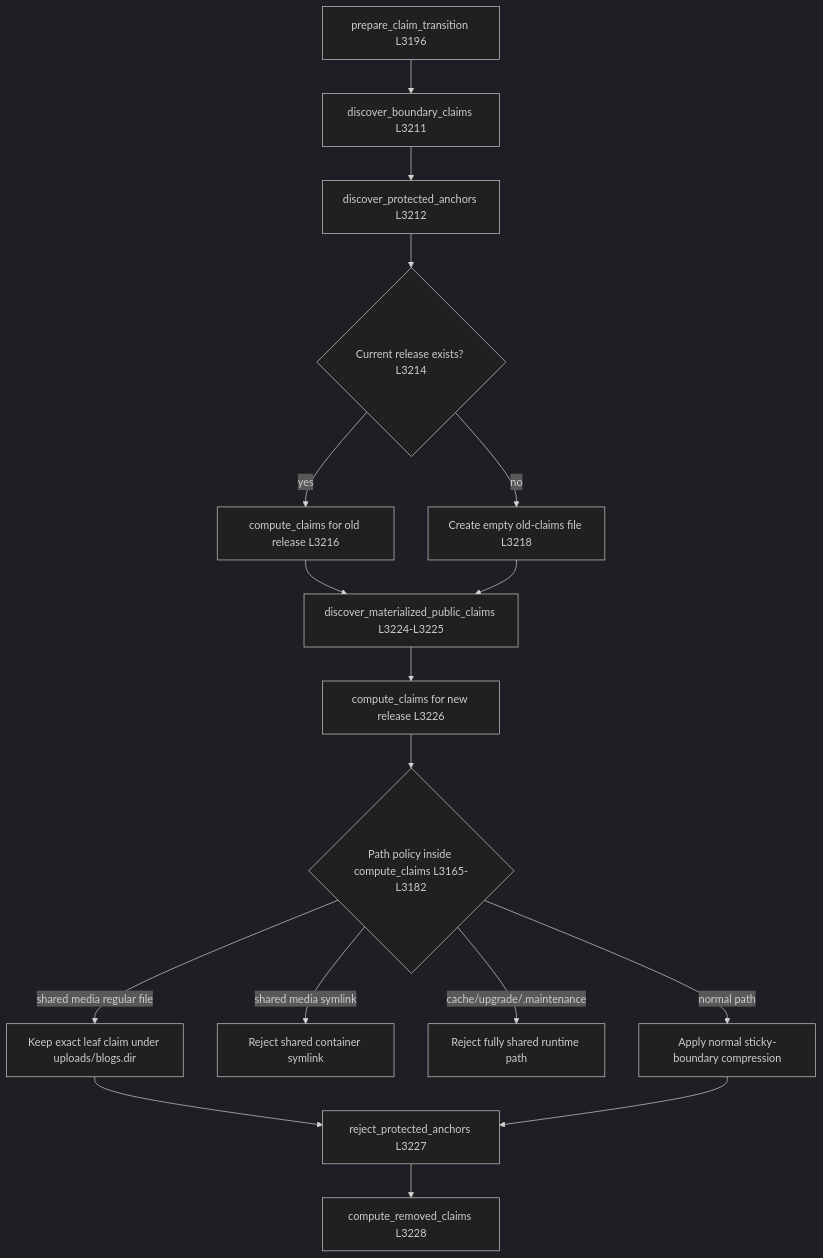
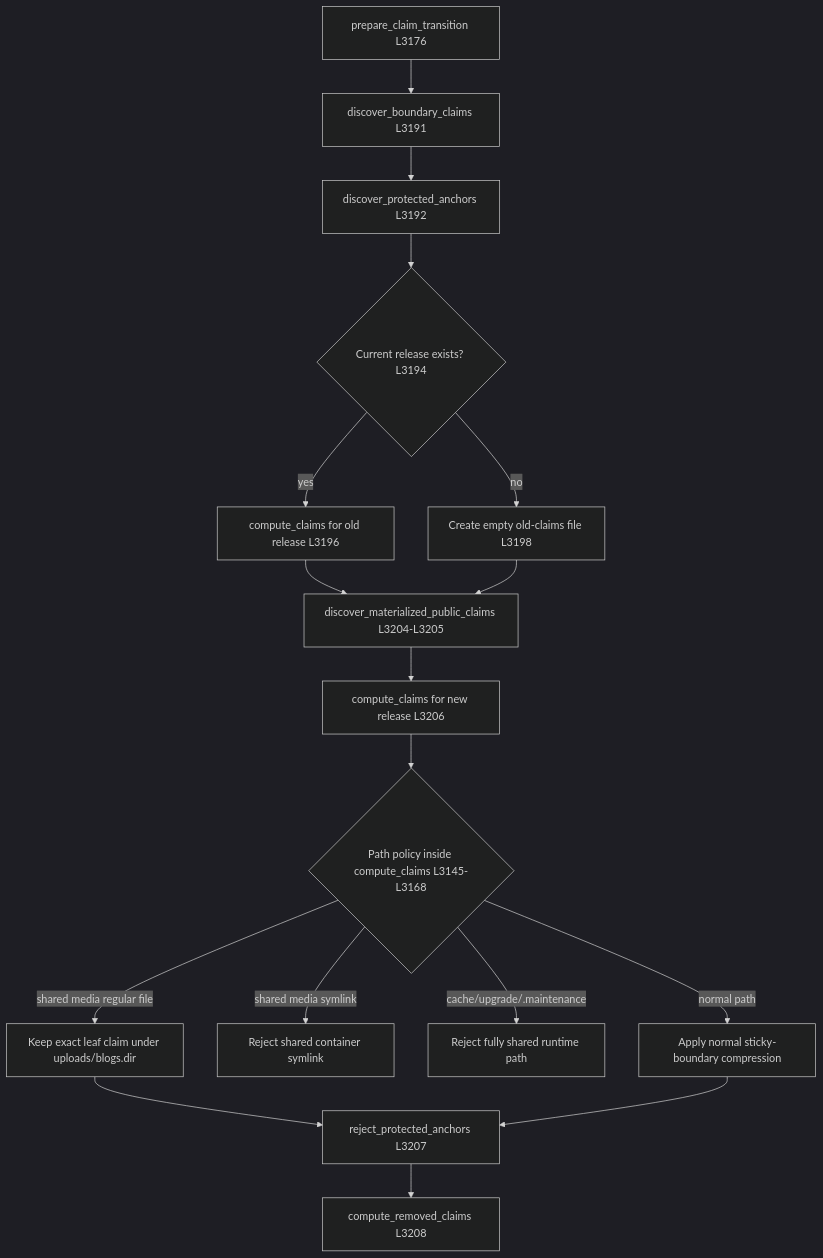
The ninth of 13 diagrams in docs/code-flow.md (aipokalyptik/wpcloud-site-git-deploy), drawn with Mermaid (dark theme) before and after one commit. The commit also changed other lines of this file and 5 other files, not shown here.

````diff
--- a/docs/code-flow.md
+++ b/docs/code-flow.md
@@ -305,19 +305,19 @@
 ```mermaid
 flowchart TD
-  PREPARE["prepare_claim_transition L3196"] --> BOUNDARY["discover_boundary_claims L3211"]
-  BOUNDARY --> PROTECTED["discover_protected_anchors L3212"]
-  PROTECTED --> CURRENT{"Current release exists? L3214"}
-  CURRENT -->|yes| OLD["compute_claims for old release L3216"]
-  CURRENT -->|no| EMPTY["Create empty old-claims file L3218"]
-  OLD --> MATERIALIZED["discover_materialized_public_claims L3224-L3225"]
+  PREPARE["prepare_claim_transition L3176"] --> BOUNDARY["discover_boundary_claims L3191"]
+  BOUNDARY --> PROTECTED["discover_protected_anchors L3192"]
+  PROTECTED --> CURRENT{"Current release exists? L3194"}
+  CURRENT -->|yes| OLD["compute_claims for old release L3196"]
+  CURRENT -->|no| EMPTY["Create empty old-claims file L3198"]
+  OLD --> MATERIALIZED["discover_materialized_public_claims L3204-L3205"]
   EMPTY --> MATERIALIZED
-  MATERIALIZED --> NEW["compute_claims for new release L3226"]
-  NEW --> SHARED{"Path policy inside compute_claims L3165-L3182"}
+  MATERIALIZED --> NEW["compute_claims for new release L3206"]
+  NEW --> SHARED{"Path policy inside compute_claims L3145-L3168"}
   SHARED -->|shared media regular file| LEAF["Keep exact leaf claim under uploads/blogs.dir"]
   SHARED -->|shared media symlink| REJECT1["Reject shared container symlink"]
   SHARED -->|cache/upgrade/.maintenance| REJECT2["Reject fully shared runtime path"]
   SHARED -->|normal path| NORMAL["Apply normal sticky-boundary compression"]
-  LEAF --> ANCHORS["reject_protected_anchors L3227"]
+  LEAF --> ANCHORS["reject_protected_anchors L3207"]
   NORMAL --> ANCHORS
-  ANCHORS --> REMOVED["compute_removed_claims L3228"]
+  ANCHORS --> REMOVED["compute_removed_claims L3208"]
 ```
````
